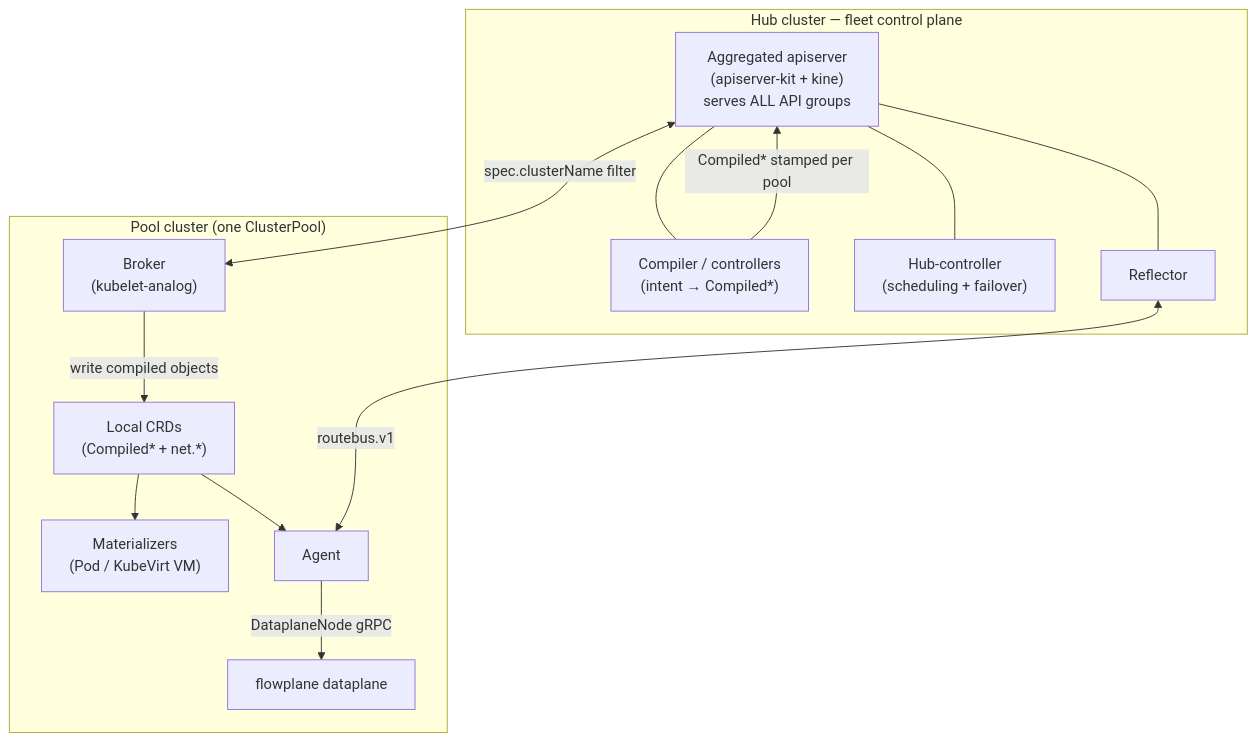
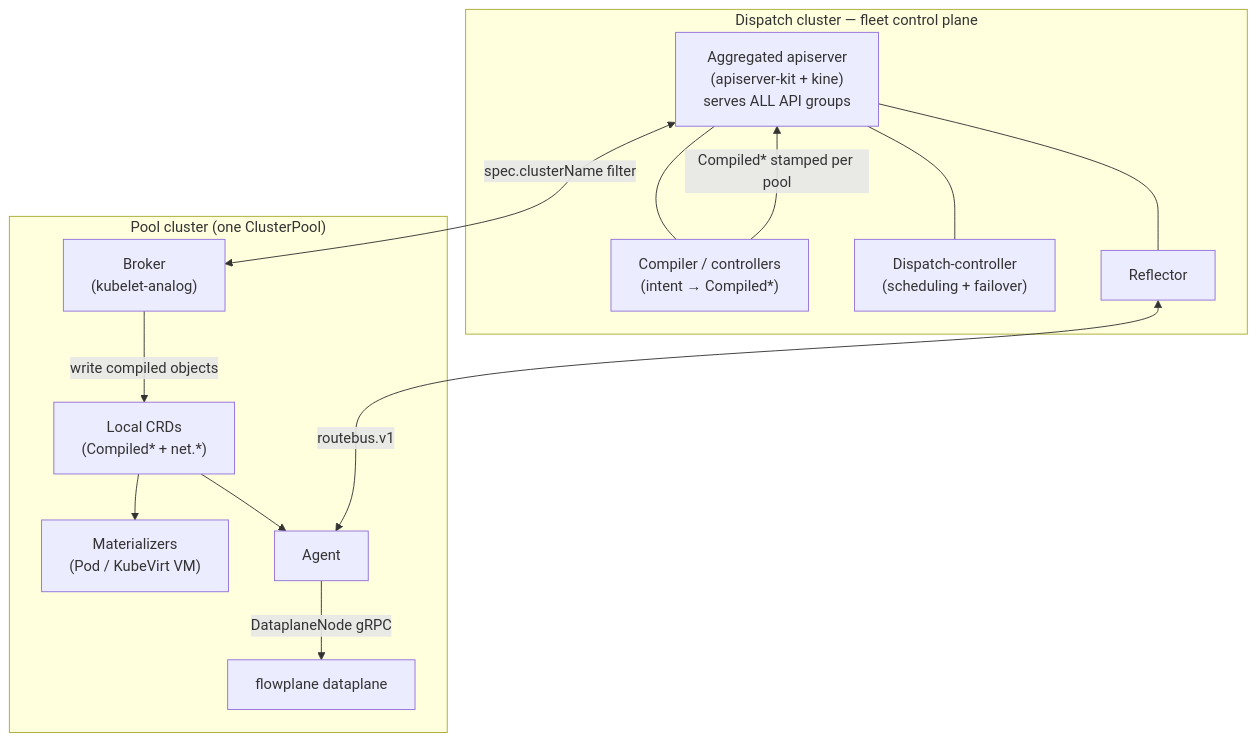
The diagram in docs/concepts/two-planes-and-the-fleet.md (trevex/ectobase), drawn with Mermaid before and after one commit. The commit also changed other lines of this file and 490 other files, not shown here.

First line of the commit message:
refactor: rename subproject hub -> dispatch

````diff
--- a/docs/concepts/two-planes-and-the-fleet.md
+++ b/docs/concepts/two-planes-and-the-fleet.md
@@ -51,28 +51,28 @@
 ```mermaid
 flowchart TB
-    subgraph hub["Hub cluster — fleet control plane"]
+    subgraph dispatch["Dispatch cluster — fleet control plane"]
         api["Aggregated apiserver<br/>(apiserver-kit + kine)<br/>serves ALL API groups"]
         compiler["Compiler / controllers<br/>(intent → Compiled*)"]
-        hubctl["Hub-controller<br/>(scheduling + failover)"]
+        hubctl["Dispatch-controller<br/>(scheduling + failover)"]
         refl["Reflector"]
         api --- compiler
         api --- hubctl
         api --- refl
     end
 
     subgraph pool["Pool cluster (one ClusterPool)"]
         broker["Broker<br/>(kubelet-analog)"]
         crds["Local CRDs<br/>(Compiled* + net.*)"]
         mat["Materializers<br/>(Pod / KubeVirt VM)"]
         agent["Agent"]
         dp["flowplane dataplane"]
         broker -->|write compiled objects| crds
         crds --> mat
         crds --> agent
         agent -->|DataplaneNode gRPC| dp
     end
 
     compiler -->|Compiled* stamped per pool| api
     api <-->|spec.clusterName filter| broker
     refl <-->|routebus.v1| agent
 ```
````
